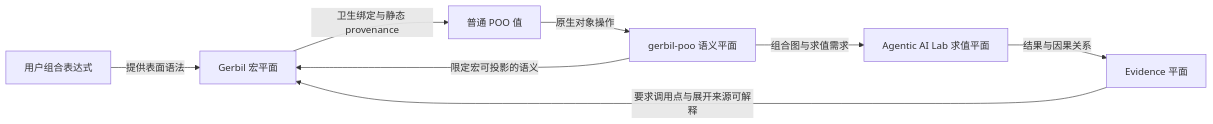
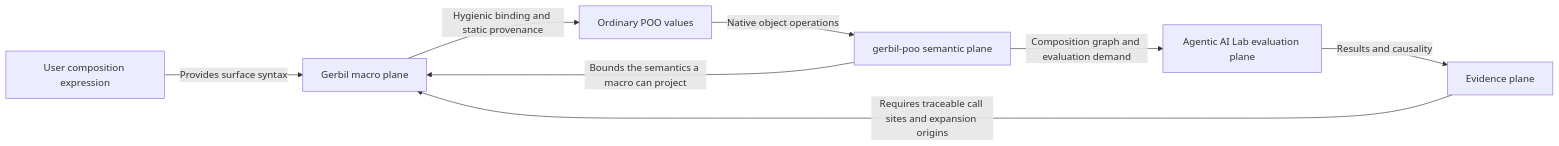
The first of 2 diagrams in module-system/design/45-40-10-poo-constrained-gerbil-macro-governance.org (tao3k/gebril-yuanxu), drawn with Mermaid before and after one commit. The commit also changed other lines of this file and 6 other files, not shown here.

```diff
--- a/module-system/design/45-40-10-poo-constrained-gerbil-macro-governance.org
+++ b/module-system/design/45-40-10-poo-constrained-gerbil-macro-governance.org
@@ -37,10 +41,10 @@
 #+begin_src mermaid
 flowchart LR
-    U["用户组合表达式"] -->|"提供表面语法"| M["Gerbil 宏平面"]
-    M -->|"卫生绑定与静态 provenance"| P["普通 POO 值"]
-    P -->|"原生对象操作"| S["gerbil-poo 语义平面"]
-    S -->|"组合图与求值需求"| F["Agentic AI Lab 求值平面"]
-    F -->|"结果与因果关系"| E["Evidence 平面"]
-    S -->|"限定宏可投影的语义"| M
-    E -->|"要求调用点与展开来源可解释"| M
+    U["User composition expression"] -->|"Provides surface syntax"| M["Gerbil macro plane"]
+    M -->|"Hygienic binding and static provenance"| P["Ordinary POO values"]
+    P -->|"Native object operations"| S["gerbil-poo semantic plane"]
+    S -->|"Composition graph and evaluation demand"| F["Agentic AI Lab evaluation plane"]
+    F -->|"Results and causality"| E["Evidence plane"]
+    S -->|"Bounds the semantics a macro can project"| M
+    E -->|"Requires traceable call sites and expansion origins"| M
 #+end_src
```
